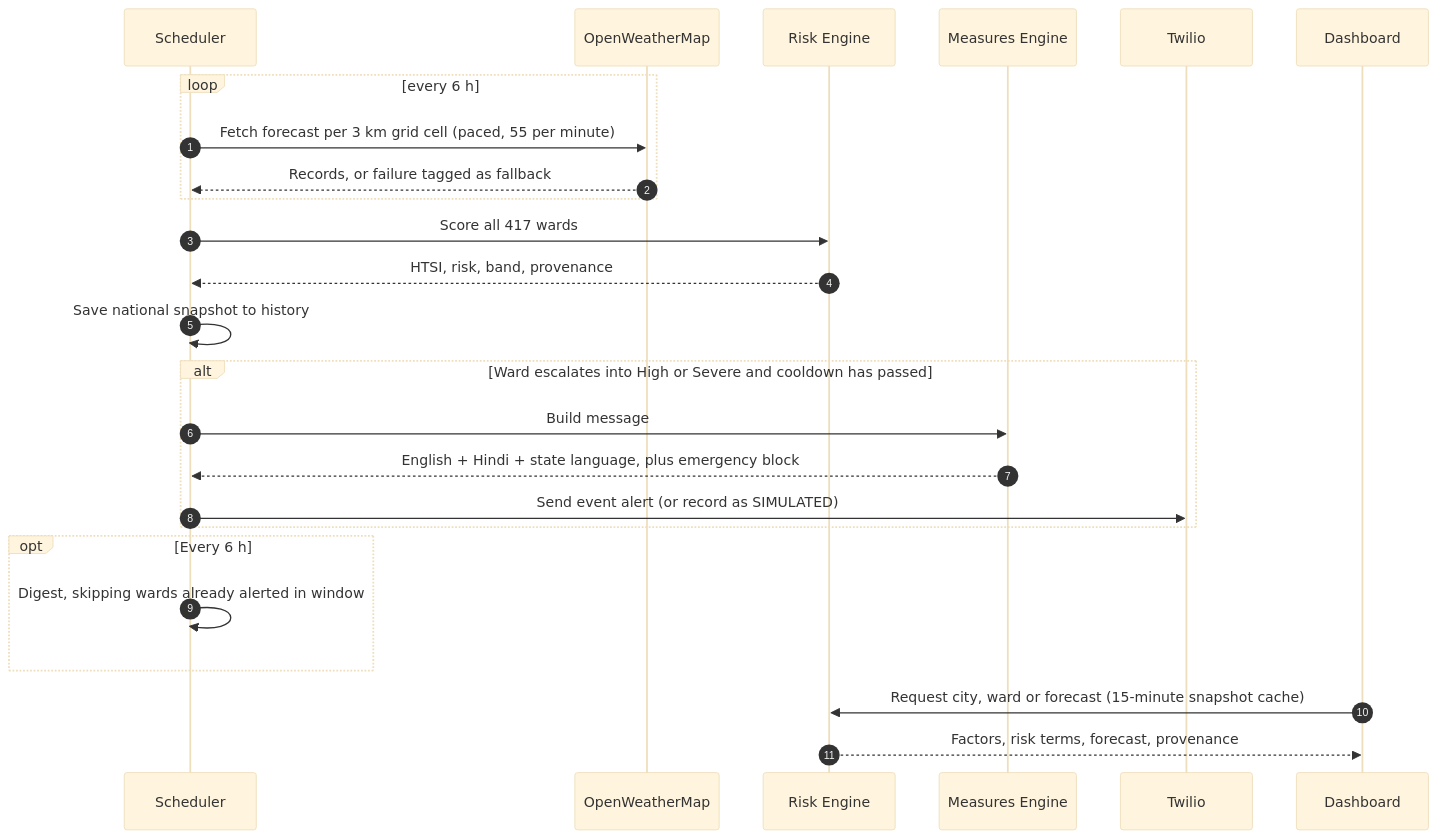
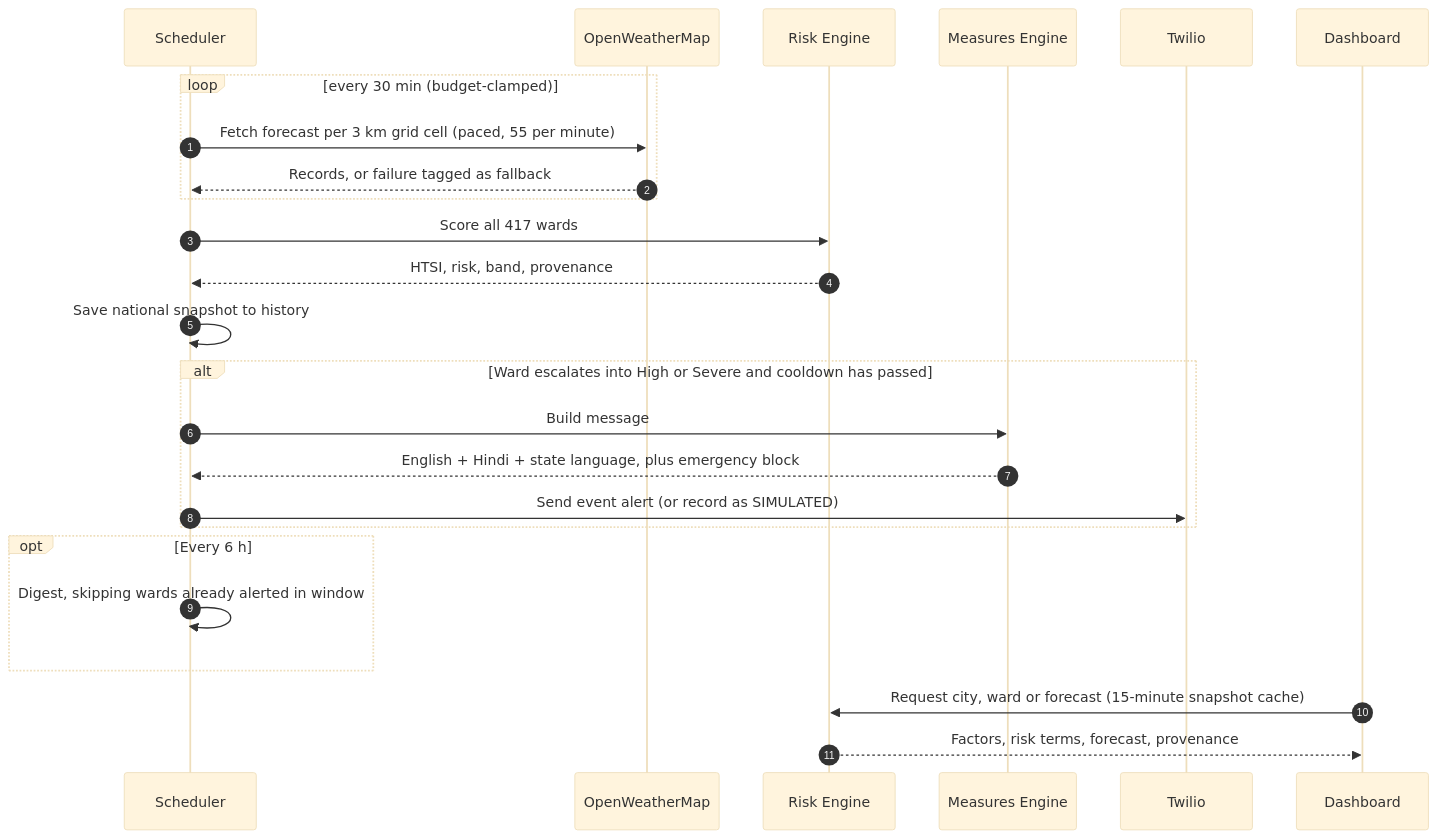
Before and after one commit to Nihita49/TAPAS: the third of 3 diagrams in README.md, drawn with Mermaid (base theme). The commit also changed other lines of this file, not shown here.

````diff
--- a/README.md
+++ b/README.md
@@ -223,28 +222,28 @@
 ```mermaid
 sequenceDiagram
     autonumber
     participant SC as Scheduler
     participant OW as OpenWeatherMap
     participant RE as Risk Engine
     participant ME as Measures Engine
     participant TW as Twilio
     participant UI as Dashboard
 
-    loop every 6 h
+    loop every 30 min (budget-clamped)
         SC->>OW: Fetch forecast per 3 km grid cell (paced, 55 per minute)
         OW-->>SC: Records, or failure tagged as fallback
     end
     SC->>RE: Score all 417 wards
     RE-->>SC: HTSI, risk, band, provenance
     SC->>SC: Save national snapshot to history
     alt Ward escalates into High or Severe and cooldown has passed
         SC->>ME: Build message
         ME-->>SC: English + Hindi + state language, plus emergency block
         SC->>TW: Send event alert (or record as SIMULATED)
     end
     opt Every 6 h
         SC->>SC: Digest, skipping wards already alerted in window
     end
     UI->>RE: Request city, ward or forecast (15-minute snapshot cache)
     RE-->>UI: Factors, risk terms, forecast, provenance
 ```
````
